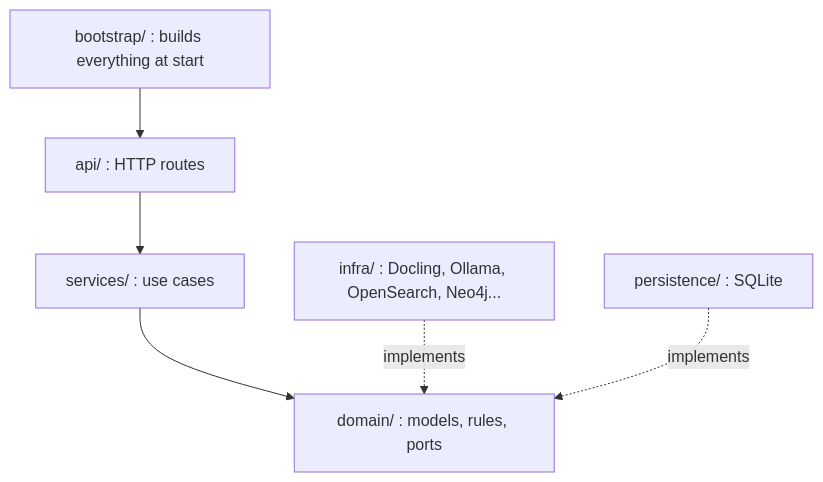
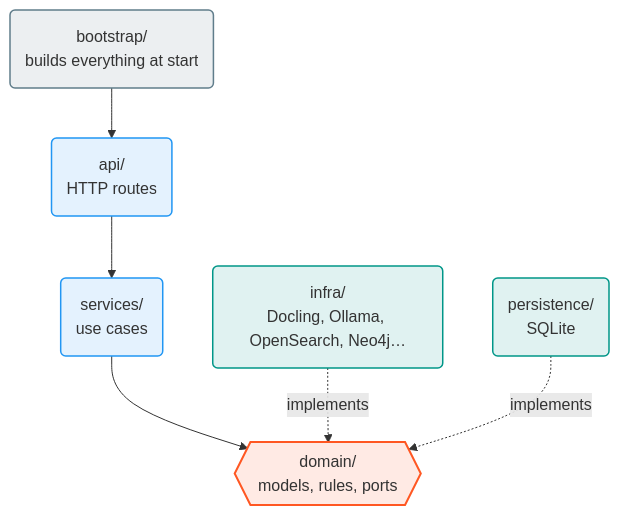
Before and after one commit to scub-france/SmolDocling-visualizer: the second of 3 diagrams in docs/architecture.md, drawn with Mermaid. The commit also changed other lines of this file and 10 other files, not shown here.

First line of the commit message:
docs: restyle the Mermaid diagrams (#340)

````diff
--- a/docs/architecture.md
+++ b/docs/architecture.md
@@ -31,8 +45,17 @@
 ```mermaid
 flowchart TB
-    API["api/ : HTTP routes"] --> Services["services/ : use cases"]
-    Services --> Domain["domain/ : models, rules, ports"]
-    Infra["infra/ : Docling, Ollama, OpenSearch, Neo4j..."] -.->|implements| Domain
-    Persistence["persistence/ : SQLite"] -.->|implements| Domain
-    Bootstrap["bootstrap/ : builds everything at start"] --> API
+    Bootstrap("bootstrap/<br/>builds everything at start") --> API("api/<br/>HTTP routes")
+    API --> Services("services/<br/>use cases")
+    Services --> Domain{{"domain/<br/>models, rules, ports"}}
+    Infra("infra/<br/>Docling, Ollama, OpenSearch, Neo4j…") -.->|implements| Domain
+    Persistence("persistence/<br/>SQLite") -.->|implements| Domain
+
+    classDef grey fill:#607D8B1F,stroke:#607D8B,stroke-width:1.5px
+    classDef blue fill:#2196F31F,stroke:#2196F3,stroke-width:1.5px
+    classDef orange fill:#FF57221F,stroke:#FF5722,stroke-width:2px
+    classDef teal fill:#0096881F,stroke:#009688,stroke-width:1.5px
+    class Bootstrap grey
+    class API,Services blue
+    class Domain orange
+    class Infra,Persistence teal
 ```
````
